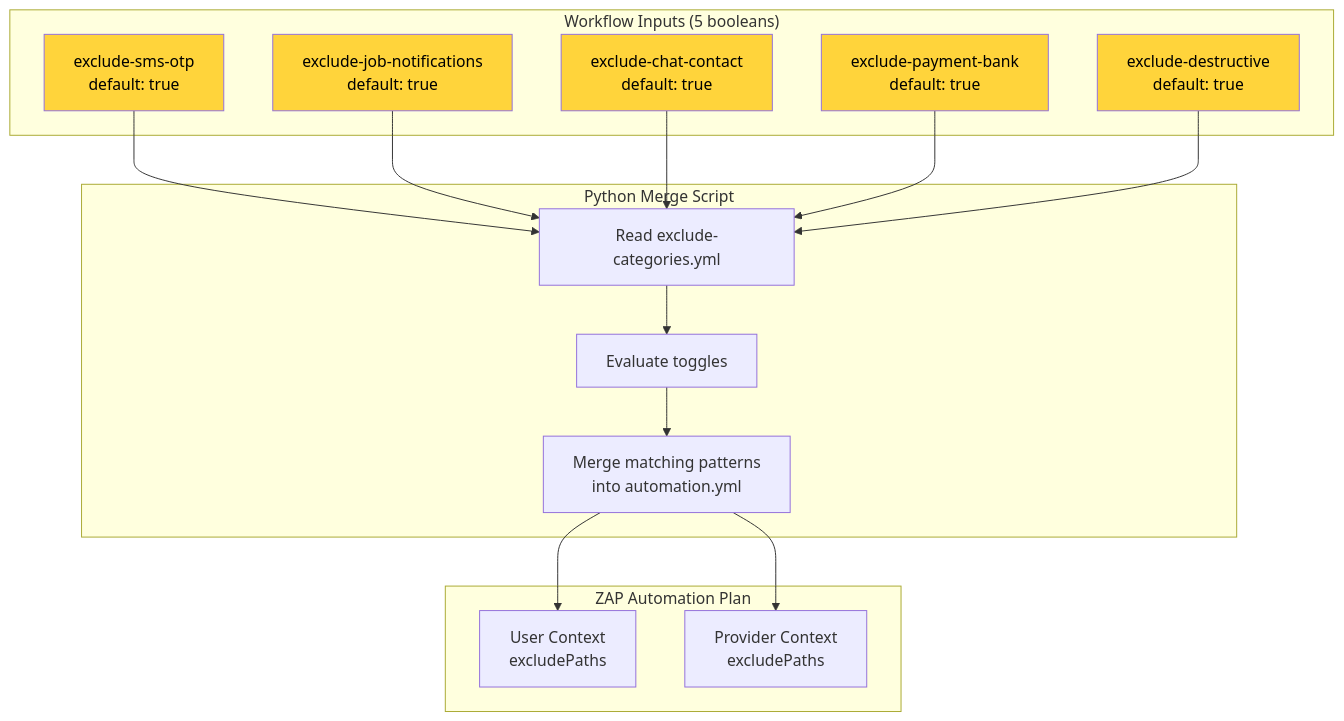
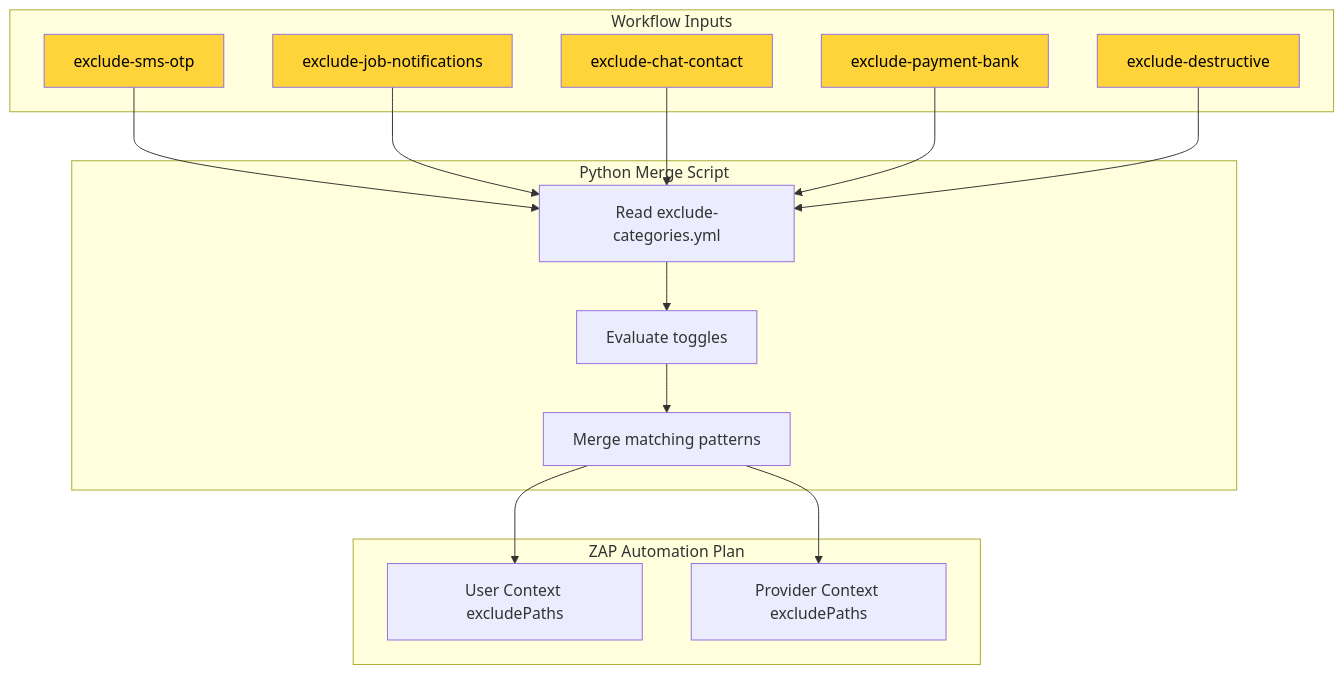
Before and after one commit to shubbbbyyyy/DASTSCANNER: the first of 3 diagrams in docs/04-exclusion-categories.md, drawn with Mermaid. The commit also changed other lines of this file and 6 other files, not shown here.

First line of the commit message:
Fix Mermaid rendering issues across all docs

````diff
--- a/docs/04-exclusion-categories.md
+++ b/docs/04-exclusion-categories.md
@@ -15,37 +15,37 @@
 ```mermaid
 flowchart TD
-    subgraph "Workflow Inputs (5 booleans)"
-        I1[exclude-sms-otp<br/>default: true]
-        I2[exclude-job-notifications<br/>default: true]
-        I3[exclude-chat-contact<br/>default: true]
-        I4[exclude-payment-bank<br/>default: true]
-        I5[exclude-destructive<br/>default: true]
+    subgraph Workflow Inputs
+        I1[exclude-sms-otp]
+        I2[exclude-job-notifications]
+        I3[exclude-chat-contact]
+        I4[exclude-payment-bank]
+        I5[exclude-destructive]
     end
 
-    subgraph "Python Merge Script"
+    subgraph Python Merge Script
         READ[Read exclude-categories.yml]
         EVAL[Evaluate toggles]
-        MERGE[Merge matching patterns<br/>into automation.yml]
+        MERGE[Merge matching patterns]
     end
 
-    subgraph "ZAP Automation Plan"
-        UC[User Context<br/>excludePaths]
-        PC[Provider Context<br/>excludePaths]
+    subgraph ZAP Automation Plan
+        UC[User Context excludePaths]
+        PC[Provider Context excludePaths]
     end
 
     I1 --> READ
     I2 --> READ
     I3 --> READ
     I4 --> READ
     I5 --> READ
 
     READ --> EVAL --> MERGE
     MERGE --> UC
     MERGE --> PC
 
     style I1 fill:#ffd43b,color:#000
     style I2 fill:#ffd43b,color:#000
     style I3 fill:#ffd43b,color:#000
     style I4 fill:#ffd43b,color:#000
     style I5 fill:#ffd43b,color:#000
 ```
````
